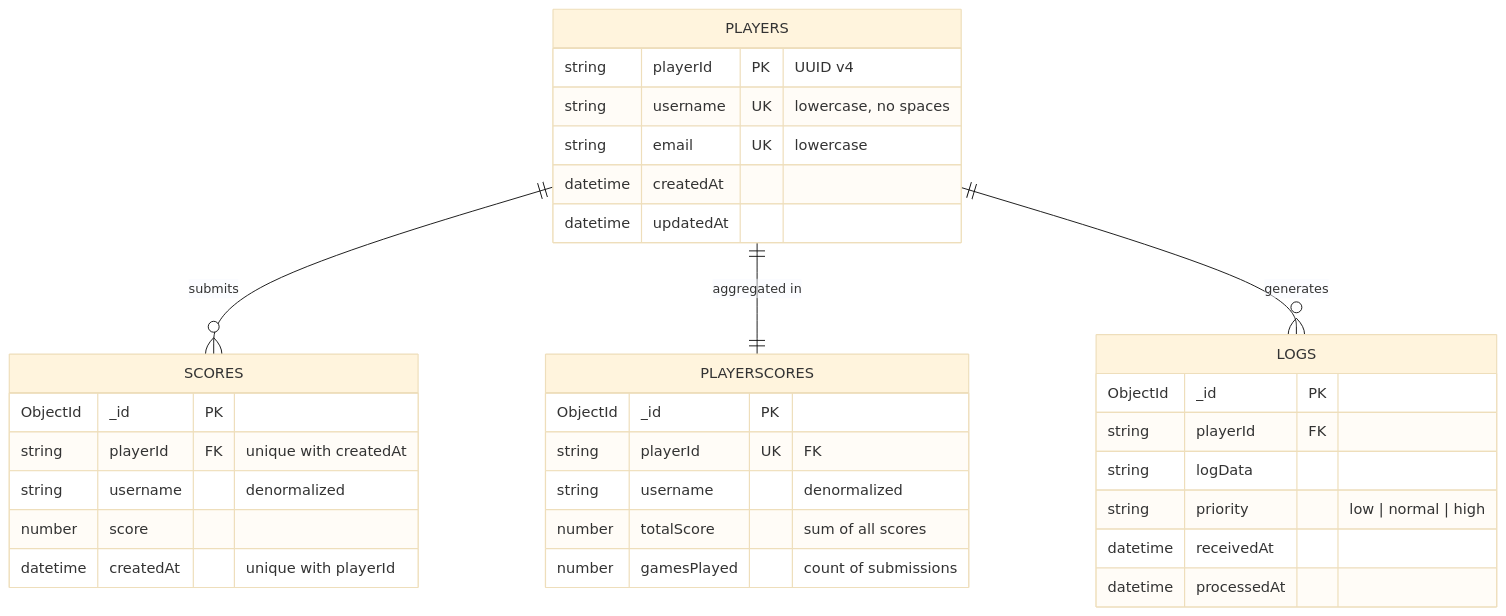
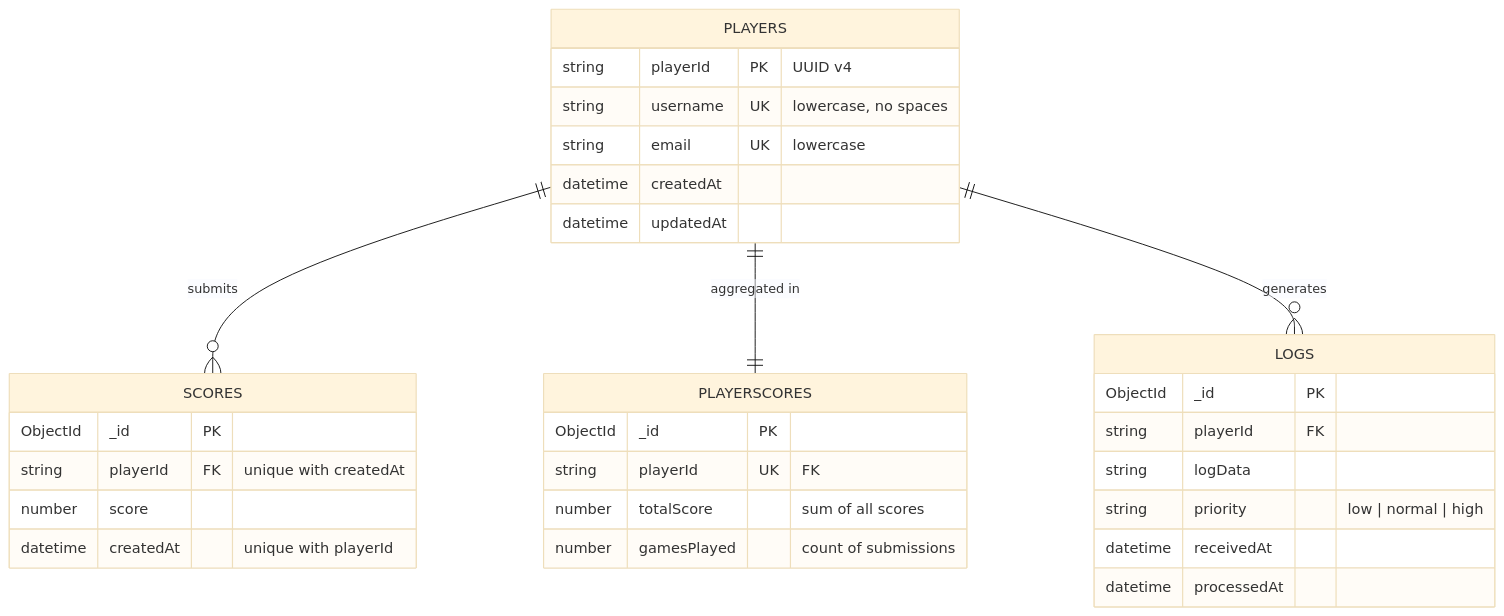
Before and after one commit to AmitOfir4/Whalo-Backend-Exam: the ninth of 10 diagrams in docs/architecture.md, drawn with Mermaid (base theme). The commit also changed other lines of this file and 18 other files, not shown here.

````diff
--- a/docs/architecture.md
+++ b/docs/architecture.md
@@ -310,39 +310,37 @@
 ```mermaid
 erDiagram
     PLAYERS {
         string playerId PK "UUID v4"
         string username UK "lowercase, no spaces"
         string email UK "lowercase"
         datetime createdAt
         datetime updatedAt
     }
 
     SCORES {
         ObjectId _id PK
         string playerId FK "unique with createdAt"
-        string username "denormalized"
         number score
         datetime createdAt "unique with playerId"
     }
 
     PLAYERSCORES {
         ObjectId _id PK
         string playerId UK "FK"
-        string username "denormalized"
         number totalScore "sum of all scores"
         number gamesPlayed "count of submissions"
     }
 
     LOGS {
         ObjectId _id PK
         string playerId FK
         string logData
         string priority "low | normal | high"
         datetime receivedAt
         datetime processedAt
     }
 
     PLAYERS ||--o{ SCORES : "submits"
     PLAYERS ||--|| PLAYERSCORES : "aggregated in"
     PLAYERS ||--o{ LOGS : "generates"
 ```
````
